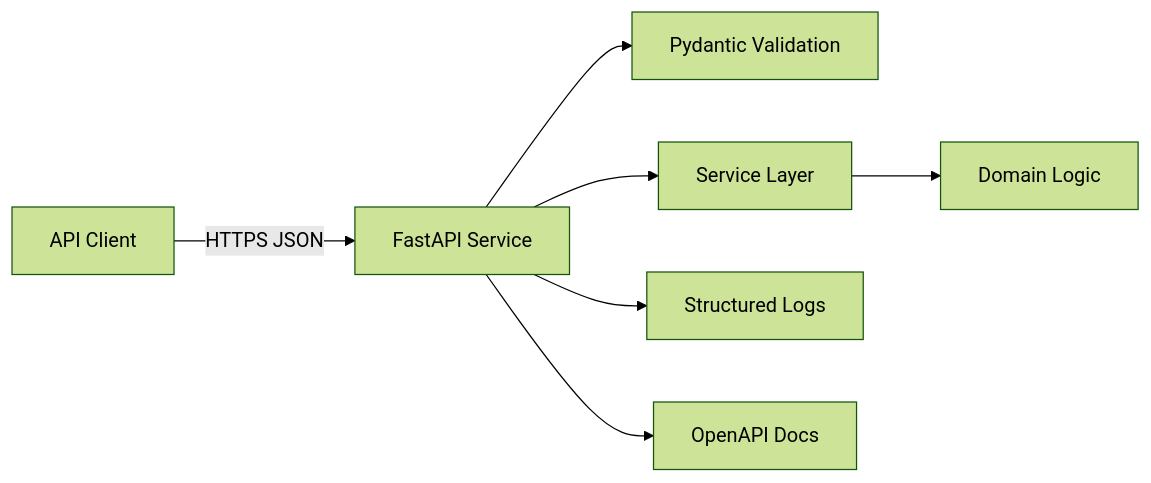
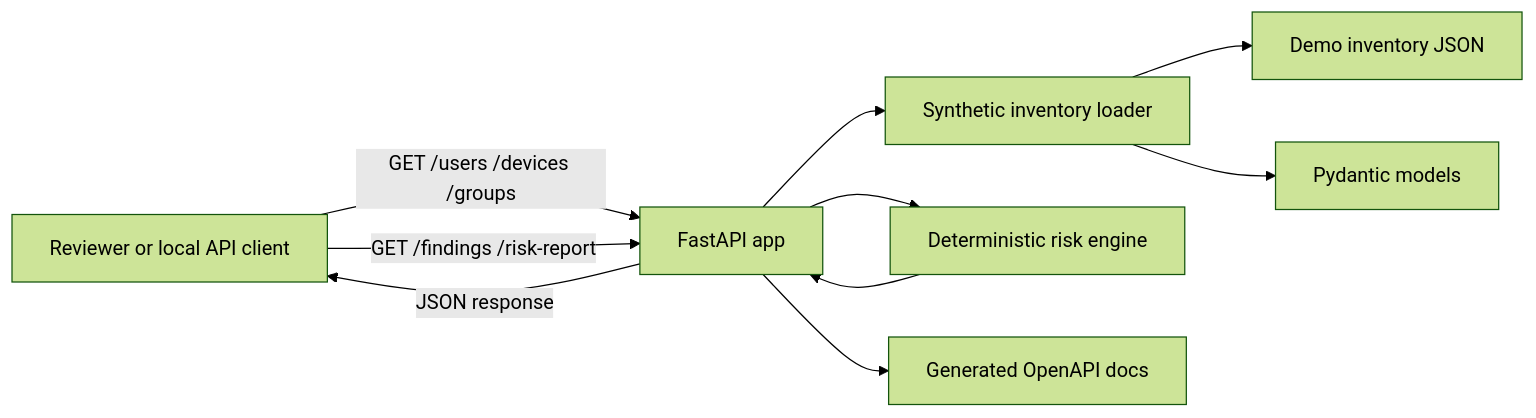
The diagram in docs/diagrams/system-context.mmd (Rblea97/endpoint-identity-control-plane), drawn with Mermaid (forest theme) before and after one commit. The commit also changed 15 other files, not shown here.

```diff
--- a/docs/diagrams/system-context.mmd
+++ b/docs/diagrams/system-context.mmd
@@ -1,7 +1,18 @@
 flowchart LR
-    Client[API Client] -->|HTTPS JSON| API[FastAPI Service]
-    API --> Validation[Pydantic Validation]
-    API --> Service[Service Layer]
-    Service --> Domain[Domain Logic]
-    API --> Logs[Structured Logs]
-    API --> Docs[OpenAPI Docs]
+    Reviewer[Reviewer or local API client]
+    API[FastAPI app]
+    Loader[Synthetic inventory loader]
+    Fixture[Demo inventory JSON]
+    Models[Pydantic models]
+    Risk[Deterministic risk engine]
+    Docs[Generated OpenAPI docs]
+
+    Reviewer -->|GET /users /devices /groups| API
+    Reviewer -->|GET /findings /risk-report| API
+    API --> Loader
+    Loader --> Fixture
+    Loader --> Models
+    API --> Risk
+    Risk --> API
+    API --> Docs
+    API -->|JSON response| Reviewer
```
